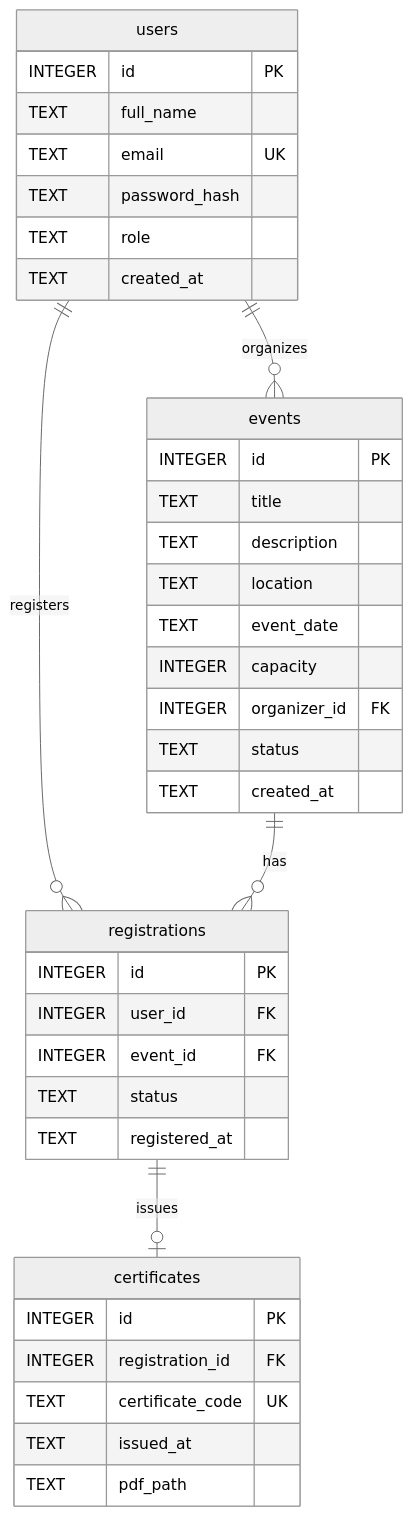
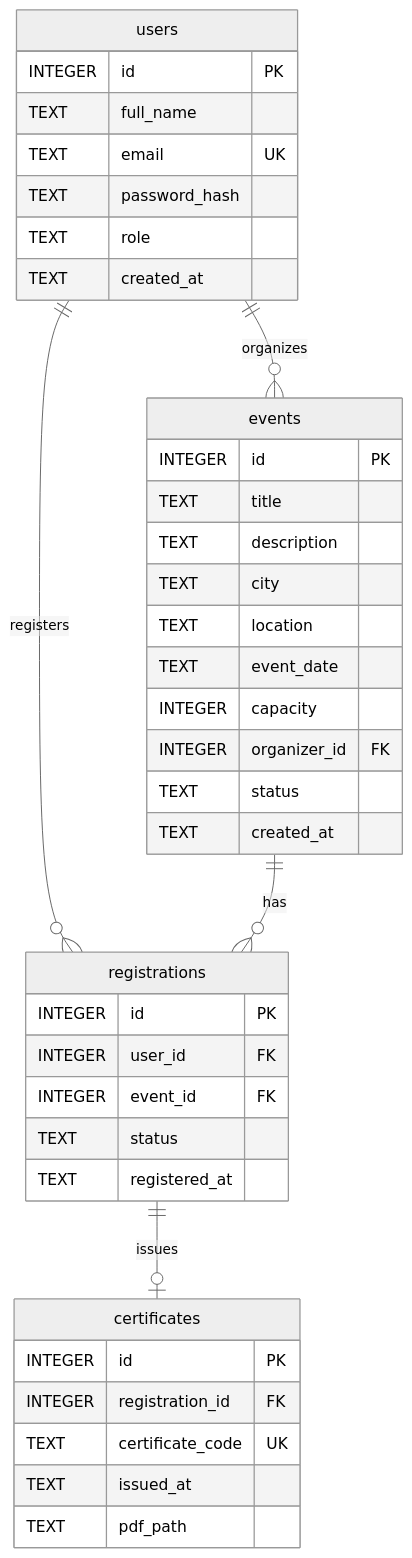
Before and after one commit to zholdasbekali-jpg/volunteer-portal.: the diagram in docs/er_diagram.mmd, drawn with Mermaid (neutral theme). The commit also changed 28 other files, not shown here.

```diff
--- a/docs/er_diagram.mmd
+++ b/docs/er_diagram.mmd
@@ -1,38 +1,39 @@
 erDiagram
     users ||--o{ events : organizes
     users ||--o{ registrations : registers
     events ||--o{ registrations : has
     registrations ||--o| certificates : issues
     users {
         INTEGER id PK
         TEXT full_name
         TEXT email UK
         TEXT password_hash
         TEXT role
         TEXT created_at
     }
     events {
         INTEGER id PK
         TEXT title
         TEXT description
+        TEXT city
         TEXT location
         TEXT event_date
         INTEGER capacity
         INTEGER organizer_id FK
         TEXT status
         TEXT created_at
     }
     registrations {
         INTEGER id PK
         INTEGER user_id FK
         INTEGER event_id FK
         TEXT status
         TEXT registered_at
     }
     certificates {
         INTEGER id PK
         INTEGER registration_id FK
         TEXT certificate_code UK
         TEXT issued_at
         TEXT pdf_path
     }
```
